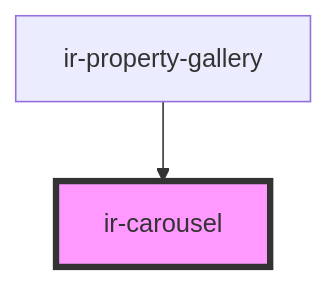
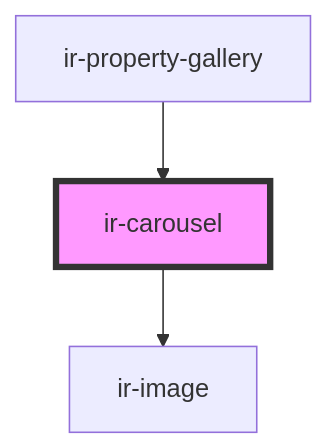
One commit to RonyRizk/ir-be changed the diagram in src/components/ui/ir-carousel/readme.md. Above: the diagram before and after it, drawn with Mermaid. The commit also changed other lines of this file and 25 other files, not shown here.

````diff
--- a/src/components/ui/ir-carousel/readme.md
+++ b/src/components/ui/ir-carousel/readme.md
@@ -34,5 +38,6 @@
 ```mermaid
 graph TD;
+  ir-carousel --> ir-image
   ir-property-gallery --> ir-carousel
   style ir-carousel fill:#f9f,stroke:#333,stroke-width:4px
 ```
````
